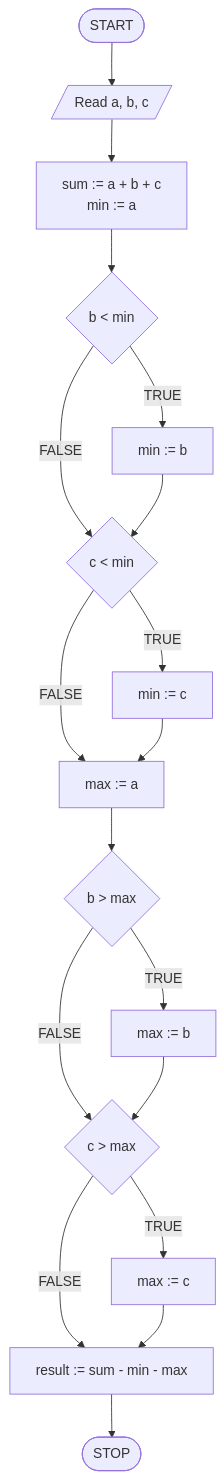
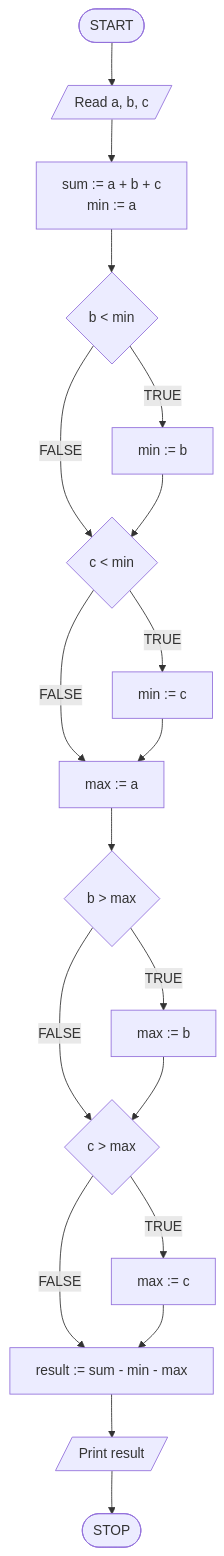
The diagram in algorithmic-exercises/level-0/cutting-costs/block-diagram.md (blackbat13/cs-htiew-en-gitbook), drawn with Mermaid before and after one commit.

Commit message:
Fix in block diagram

````diff
--- a/algorithmic-exercises/level-0/cutting-costs/block-diagram.md
+++ b/algorithmic-exercises/level-0/cutting-costs/block-diagram.md
@@ -3,20 +3,21 @@
 ```mermaid
 flowchart TD
     START([START]) --> K1[/Read a, b, c/]
     K1 --> K2[sum := a + b + c\nmin := a]
     K2 --> K4{b < min}
     K4 -- TRUE --> K5[min := b]
     K4 -- FALSE --> K6{c < min}
     K5 --> K6
     K6 -- TRUE --> K7[min := c]
     K6 -- FALSE --> K8[max := a]
     K7 --> K8
     K8 --> K9{b > max}
     K9 -- TRUE --> K10[max := b]
     K9 -- FALSE --> K11{c > max}
     K10 --> K11
     K11 -- TRUE --> K12[max := c]
     K11 -- FALSE --> K13[result := sum - min - max]
     K12 --> K13
-    K13 --> STOP([STOP])
+    K13 --> K14[/Print result/]
+    K14 --> STOP([STOP])
 ```
````
